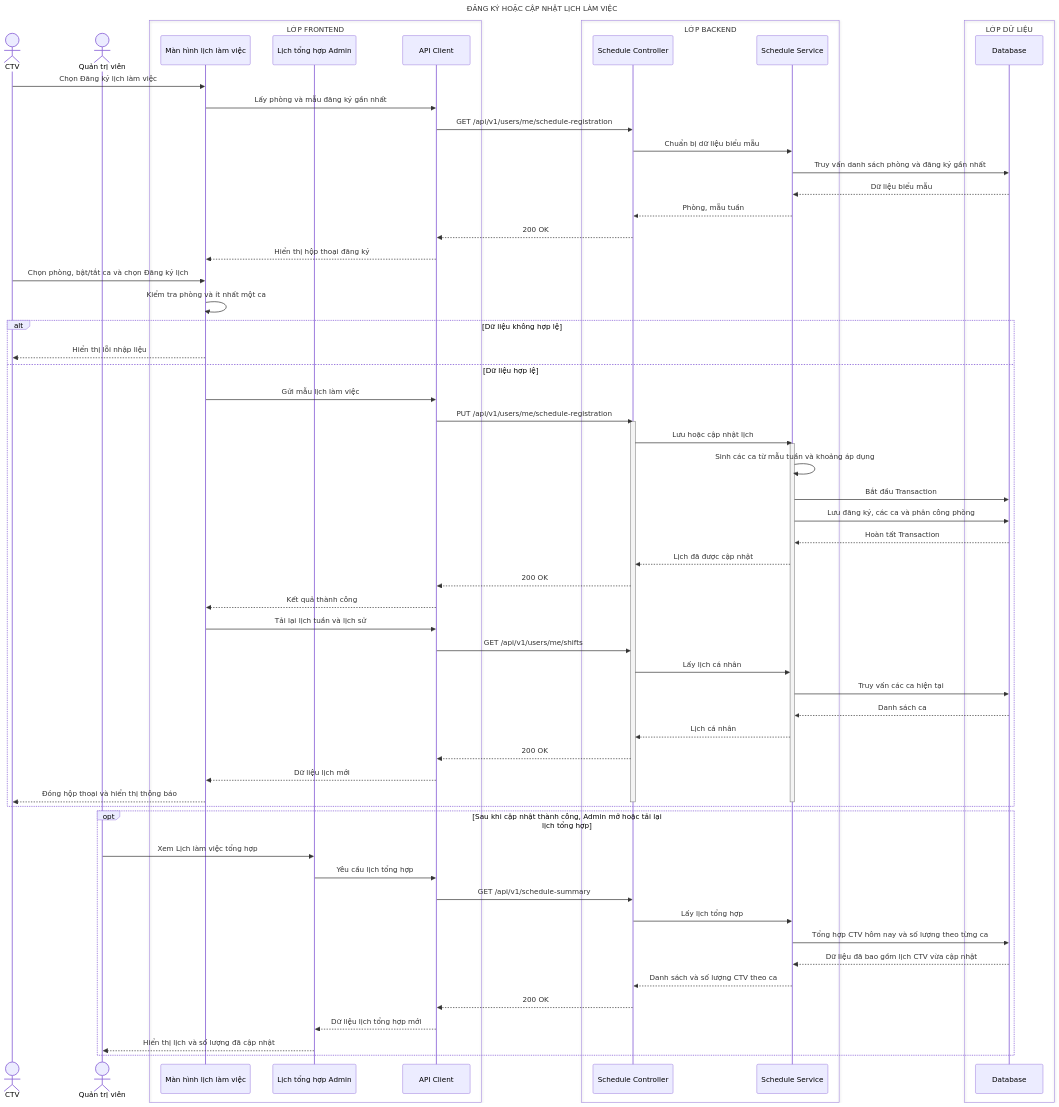
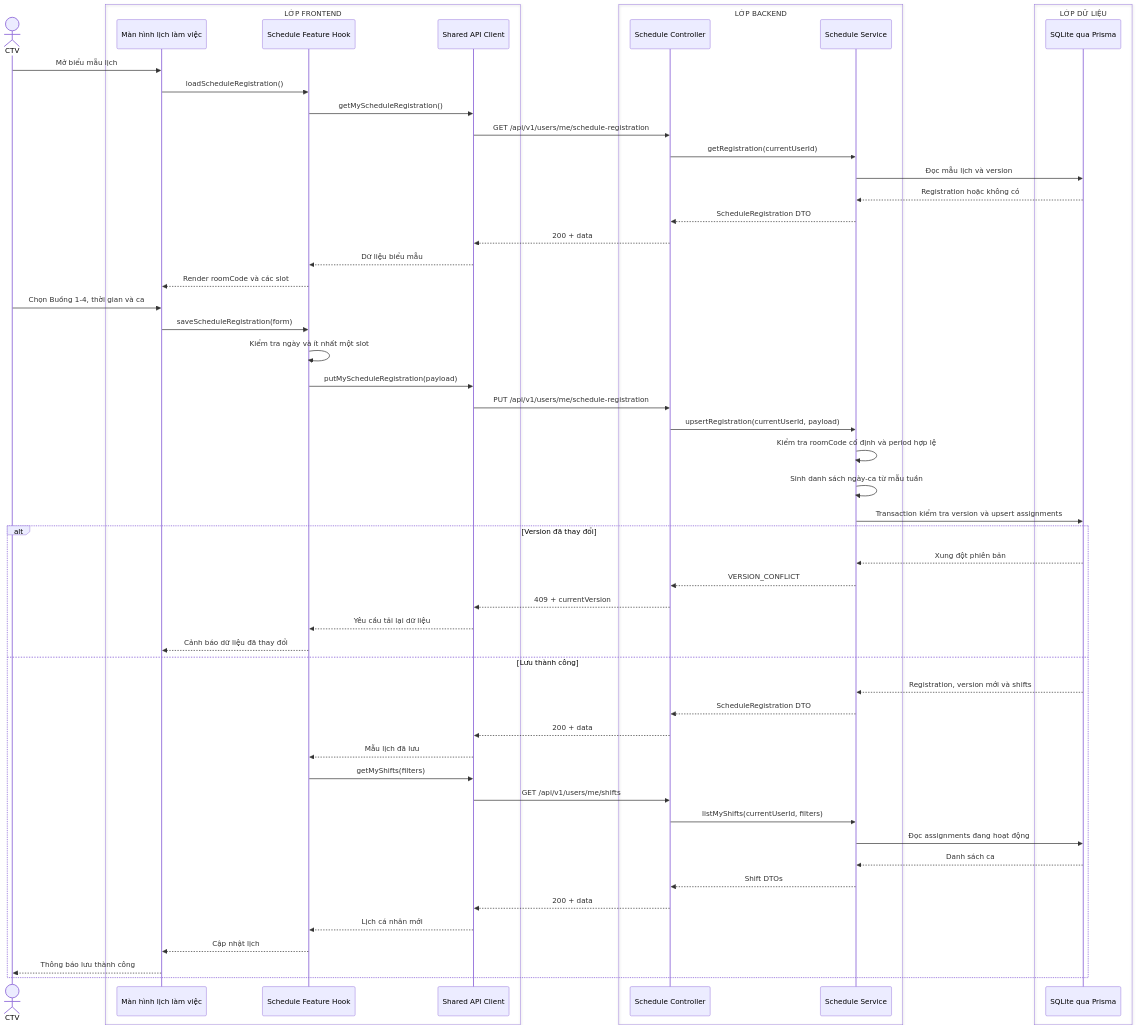
Before and after one commit to MINHDZVODICH/ctv-manage: the diagram in docs/sequence-diagrams/04-dang-ky-cap-nhat-lich-lam-viec.md, drawn with Mermaid. The commit also changed other lines of this file and 19 other files, not shown here.

Commit message:
docs: align API architecture and prototype flows

````diff
--- a/docs/sequence-diagrams/04-dang-ky-cap-nhat-lich-lam-viec.md
+++ b/docs/sequence-diagrams/04-dang-ky-cap-nhat-lich-lam-viec.md
@@ -3,77 +5,61 @@
 ```mermaid
 sequenceDiagram
-    title ĐĂNG KÝ HOẶC CẬP NHẬT LỊCH LÀM VIỆC
-
     actor U as CTV
-    actor A as Quản trị viên
-
     box LỚP FRONTEND
         participant UI as Màn hình lịch làm việc
-        participant AUI as Lịch tổng hợp Admin
-        participant API as API Client
+        participant H as Schedule Feature Hook
+        participant API as Shared API Client
     end
-
     box LỚP BACKEND
         participant C as Schedule Controller
         participant S as Schedule Service
     end
-
     box LỚP DỮ LIỆU
-        participant DB as Database
+        participant DB as SQLite qua Prisma
     end
 
-    U->>UI: Chọn Đăng ký lịch làm việc
-    UI->>API: Lấy phòng và mẫu đăng ký gần nhất
+    U->>UI: Mở biểu mẫu lịch
+    UI->>H: loadScheduleRegistration()
+    H->>API: getMyScheduleRegistration()
     API->>C: GET /api/v1/users/me/schedule-registration
-    C->>S: Chuẩn bị dữ liệu biểu mẫu
-    S->>DB: Truy vấn danh sách phòng và đăng ký gần nhất
-    DB-->>S: Dữ liệu biểu mẫu
-    S-->>C: Phòng, mẫu tuần
-    C-->>API: 200 OK
-    API-->>UI: Hiển thị hộp thoại đăng ký
+    C->>S: getRegistration(currentUserId)
+    S->>DB: Đọc mẫu lịch và version
+    DB-->>S: Registration hoặc không có
+    S-->>C: ScheduleRegistration DTO
+    C-->>API: 200 + data
+    API-->>H: Dữ liệu biểu mẫu
+    H-->>UI: Render roomCode và các slot
 
-    U->>UI: Chọn phòng, bật/tắt ca và chọn Đăng ký lịch
-    UI->>UI: Kiểm tra phòng và ít nhất một ca
+    U->>UI: Chọn Buồng 1-4, thời gian và ca
+    UI->>H: saveScheduleRegistration(form)
+    H->>H: Kiểm tra ngày và ít nhất một slot
+    H->>API: putMyScheduleRegistration(payload)
+    API->>C: PUT /api/v1/users/me/schedule-registration
+    C->>S: upsertRegistration(currentUserId, payload)
+    S->>S: Kiểm tra roomCode cố định và period hợp lệ
+    S->>S: Sinh danh sách ngày-ca từ mẫu tuần
+    S->>DB: Transaction kiểm tra version và upsert assignments
 
-    alt Dữ liệu không hợp lệ
-        UI-->>U: Hiển thị lỗi nhập liệu
-    else Dữ liệu hợp lệ
-        UI->>API: Gửi mẫu lịch làm việc
-        API->>C: PUT /api/v1/users/me/schedule-registration
-        activate C
-        C->>S: Lưu hoặc cập nhật lịch
-        activate S
-        S->>S: Sinh các ca từ mẫu tuần và khoảng áp dụng
-        S->>DB: Bắt đầu Transaction
-        S->>DB: Lưu đăng ký, các ca và phân công phòng
-        DB-->>S: Hoàn tất Transaction
-        S-->>C: Lịch đã được cập nhật
-        C-->>API: 200 OK
-        API-->>UI: Kết quả thành công
-        UI->>API: Tải lại lịch tuần và lịch sử
+    alt Version đã thay đổi
+        DB-->>S: Xung đột phiên bản
+        S-->>C: VERSION_CONFLICT
+        C-->>API: 409 + currentVersion
+        API-->>H: Yêu cầu tải lại dữ liệu
+        H-->>UI: Cảnh báo dữ liệu đã thay đổi
+    else Lưu thành công
+        DB-->>S: Registration, version mới và shifts
+        S-->>C: ScheduleRegistration DTO
+        C-->>API: 200 + data
+        API-->>H: Mẫu lịch đã lưu
+        H->>API: getMyShifts(filters)
         API->>C: GET /api/v1/users/me/shifts
-        C->>S: Lấy lịch cá nhân
-        S->>DB: Truy vấn các ca hiện tại
+        C->>S: listMyShifts(currentUserId, filters)
+        S->>DB: Đọc assignments đang hoạt động
         DB-->>S: Danh sách ca
-        S-->>C: Lịch cá nhân
-        C-->>API: 200 OK
-        API-->>UI: Dữ liệu lịch mới
-        UI-->>U: Đóng hộp thoại và hiển thị thông báo
-
-        deactivate S
-        deactivate C
-    end
-
-    opt Sau khi cập nhật thành công, Admin mở hoặc tải lại lịch tổng hợp
-        A->>AUI: Xem Lịch làm việc tổng hợp
-        AUI->>API: Yêu cầu lịch tổng hợp
-        API->>C: GET /api/v1/schedule-summary
-        C->>S: Lấy lịch tổng hợp
-        S->>DB: Tổng hợp CTV hôm nay và số lượng theo từng ca
-        DB-->>S: Dữ liệu đã bao gồm lịch CTV vừa cập nhật
-        S-->>C: Danh sách và số lượng CTV theo ca
-        C-->>API: 200 OK
-        API-->>AUI: Dữ liệu lịch tổng hợp mới
-        AUI-->>A: Hiển thị lịch và số lượng đã cập nhật
+        S-->>C: Shift DTOs
+        C-->>API: 200 + data
+        API-->>H: Lịch cá nhân mới
+        H-->>UI: Cập nhật lịch
+        UI-->>U: Thông báo lưu thành công
     end
 ```
````
